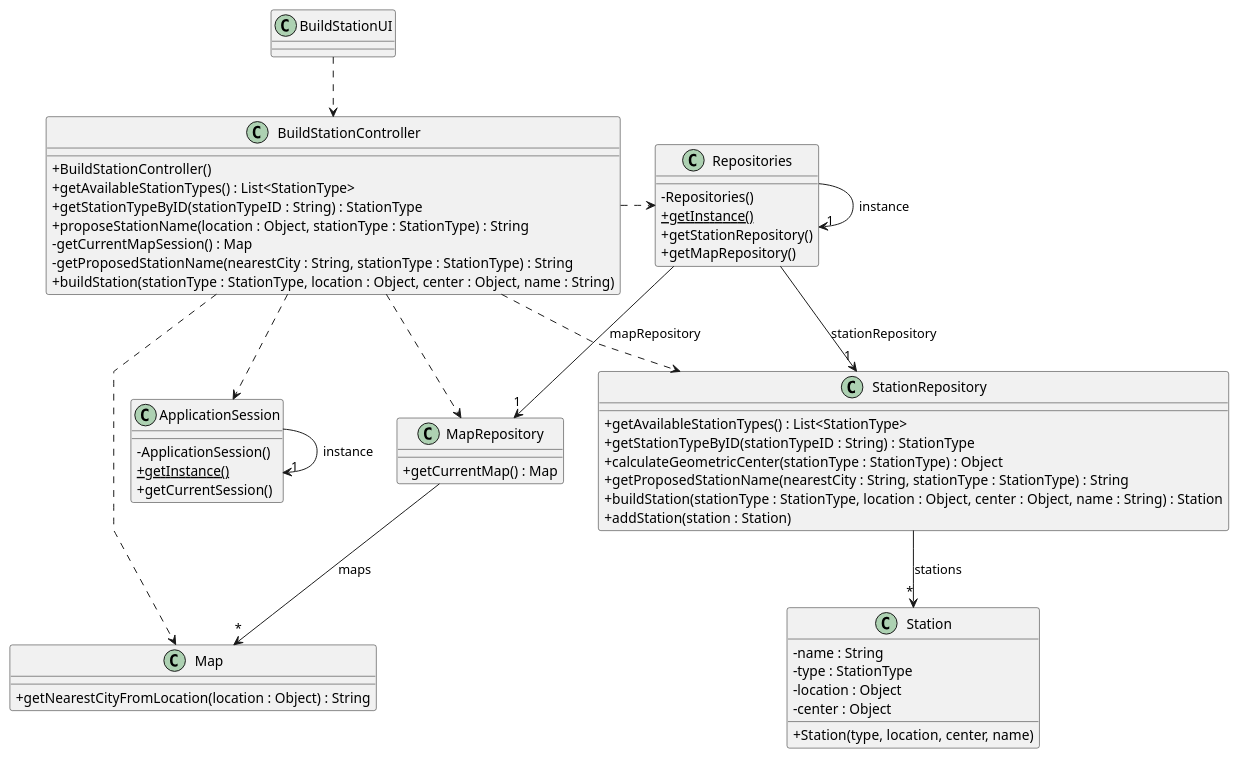
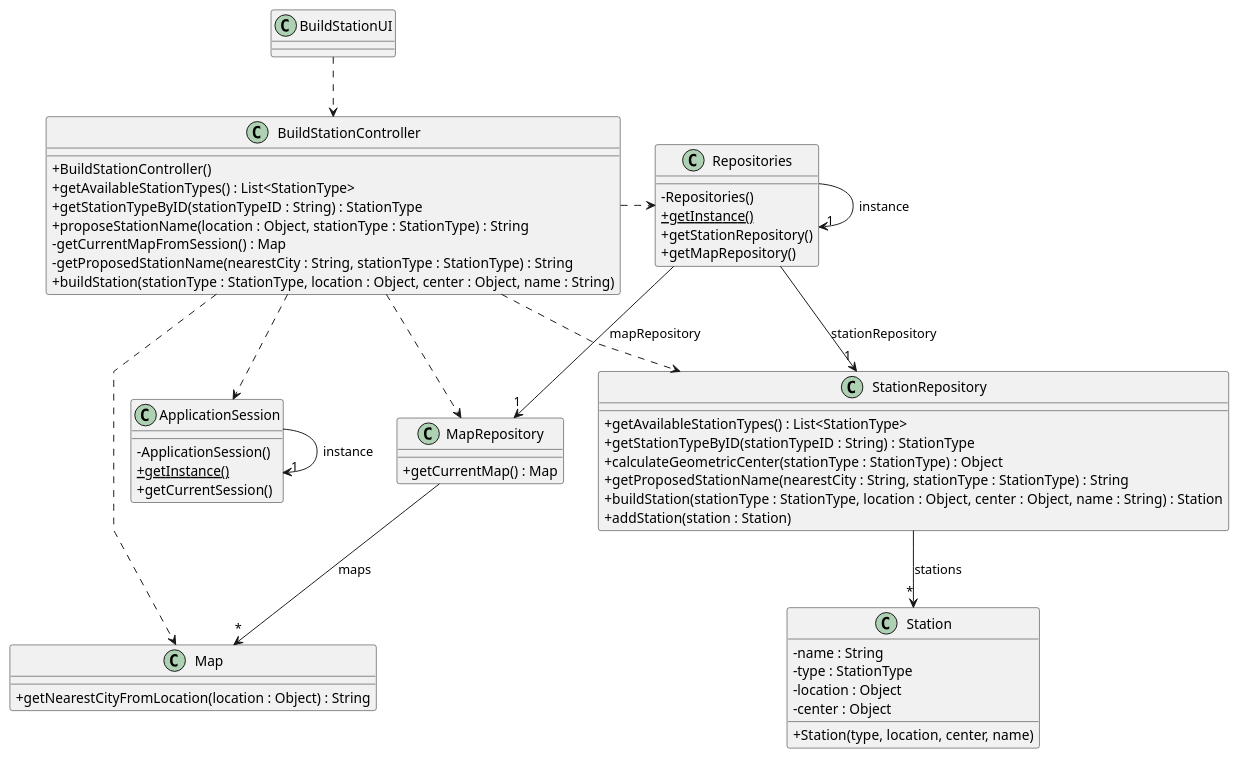
One commit to Educ00/mdisc-2425 changed the diagram in docs/system-documentation/sprint 3/US05/03.design/puml/US05-CD.puml. Above: the diagram before and after it, drawn with PlantUML. The commit also changed 5 other files, not shown here.

Commit message:
Update on US06 accordingly to professor's review once again. Used SINGLETON on ApplicationSession to get the current date. Still some doubts related to whether I should save the station again on it's repo or the update itself. Updated the CD accordingly to the updates on SD once again.

```diff
--- a/docs/system-documentation/sprint 3/US05/03.design/puml/US05-CD.puml
+++ b/docs/system-documentation/sprint 3/US05/03.design/puml/US05-CD.puml
@@ -1,71 +1,71 @@
 @startuml
 skinparam packageStyle rectangle
 skinparam shadowing false
 skinparam linetype polyline
 skinparam classAttributeIconSize 0
 
 class BuildStationUI {
 }
 
 class BuildStationController {
     + BuildStationController()
     + getAvailableStationTypes() : List<StationType>
     + getStationTypeByID(stationTypeID : String) : StationType
     + proposeStationName(location : Object, stationType : StationType) : String
-    - getCurrentMapSession() : Map
+    - getCurrentMapFromSession() : Map
     - getProposedStationName(nearestCity : String, stationType : StationType) : String
     + buildStation(stationType : StationType, location : Object, center : Object, name : String)
 }
 
 class Repositories {
     - Repositories()
     + {static} getInstance()
     + getStationRepository()
     + getMapRepository()
 }
 
 class StationRepository {
     + getAvailableStationTypes() : List<StationType>
     + getStationTypeByID(stationTypeID : String) : StationType
     + calculateGeometricCenter(stationType : StationType) : Object
     + getProposedStationName(nearestCity : String, stationType : StationType) : String
     + buildStation(stationType : StationType, location : Object, center : Object, name : String) : Station
     + addStation(station : Station)
 }
 
 class MapRepository {
     + getCurrentMap() : Map
 }
 
 class Map {
     + getNearestCityFromLocation(location : Object) : String
 }
 
 class Station {
     - name : String
     - type : StationType
     - location : Object
     - center : Object
     + Station(type, location, center, name)
 }
 
 class ApplicationSession {
     - ApplicationSession()
     + {static} getInstance()
     + getCurrentSession()
 }
 
 BuildStationUI ..> BuildStationController
 BuildStationController .> Repositories
 Repositories -> "1" Repositories : instance
 Repositories --> "1" StationRepository : stationRepository
 Repositories --> "1" MapRepository : mapRepository
 BuildStationController ..> StationRepository
 BuildStationController ..> MapRepository
 BuildStationController ..> Map
 BuildStationController ..> ApplicationSession
 StationRepository --> "*" Station : stations
 MapRepository --> "*" Map : maps
 ApplicationSession -> "1" ApplicationSession : instance
 
 @enduml
```
